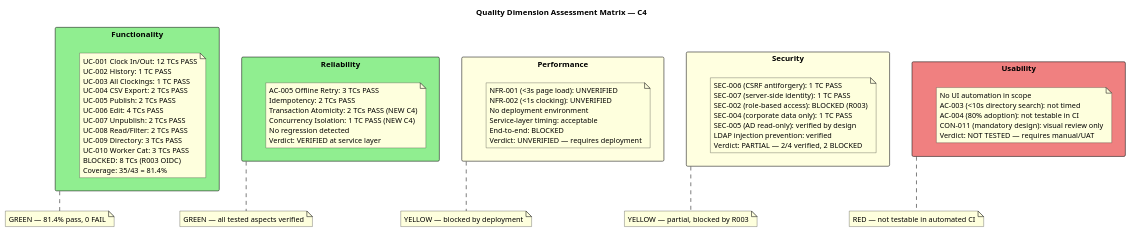
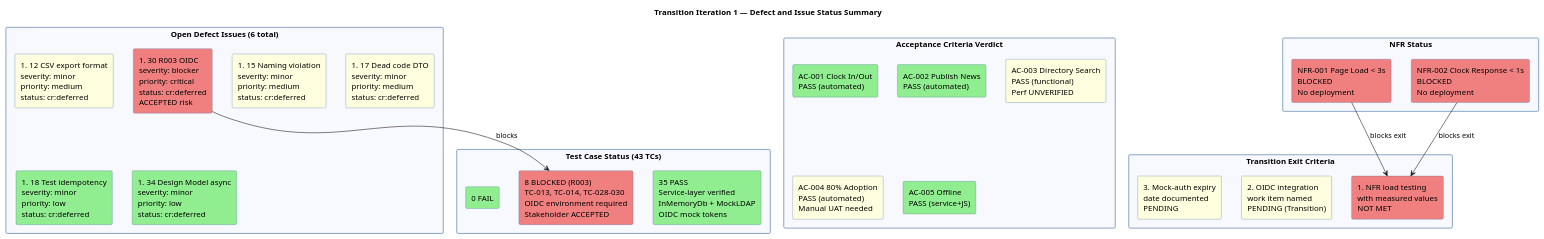
One commit to banense-test/portal-cuba-corp changed the second of 2 diagrams in docs/artifacts/test/test-case.md. Above: the diagram before and after it, drawn with PlantUML. The commit also changed other lines of this file, not shown here.

First line of the commit message:
Tester [T1]: upsert Test Case

````diff
--- a/docs/artifacts/test/test-case.md
+++ b/docs/artifacts/test/test-case.md
@@ -158,35 +224,50 @@
 ```plantuml
 @startuml
-title Quality Dimension Assessment Matrix — C4
+title Transition Iteration 1 — Defect and Issue Status Summary
 
-skinparam classAttributeIconSize 0
+skinparam rectangle {
+  BackgroundColor #F8F8FF
+  BorderColor #336699
+}
 skinparam shadowing false
 
-rectangle "Functionality" as FUNC #LightGreen {
-  note "UC-001 Clock In/Out: 12 TCs PASS\nUC-002 History: 1 TC PASS\nUC-003 All Clockings: 1 TC PASS\nUC-004 CSV Export: 2 TCs PASS\nUC-005 Publish: 2 TCs PASS\nUC-006 Edit: 4 TCs PASS\nUC-007 Unpublish: 2 TCs PASS\nUC-008 Read/Filter: 2 TCs PASS\nUC-009 Directory: 3 TCs PASS\nUC-010 Worker Cat: 3 TCs PASS\nBLOCKED: 8 TCs (R003 OIDC)\nCoverage: 35/43 = 81.4%" as func_note
+rectangle "Open Defect Issues (6 total)" as OPEN {
+  rectangle "#30 R003 OIDC\nseverity: blocker\npriority: critical\nstatus: cr:deferred\nACCEPTED risk" as I30 #LightCoral
+  rectangle "#12 CSV export format\nseverity: minor\npriority: medium\nstatus: cr:deferred" as I12 #LightYellow
+  rectangle "#15 Naming violation\nseverity: minor\npriority: medium\nstatus: cr:deferred" as I15 #LightYellow
+  rectangle "#17 Dead code DTO\nseverity: minor\npriority: medium\nstatus: cr:deferred" as I17 #LightYellow
+  rectangle "#18 Test idempotency\nseverity: minor\npriority: low\nstatus: cr:deferred" as I18 #LightGreen
+  rectangle "#34 Design Model async\nseverity: minor\npriority: low\nstatus: cr:deferred" as I34 #LightGreen
 }
 
-rectangle "Reliability" as REL #LightGreen {
-  note "AC-005 Offline Retry: 3 TCs PASS\nIdempotency: 2 TCs PASS\nTransaction Atomicity: 2 TCs PASS (NEW C4)\nConcurrency Isolation: 1 TC PASS (NEW C4)\nNo regression detected\nVerdict: VERIFIED at service layer" as rel_note
+rectangle "Test Case Status (43 TCs)" as TCS {
+  rectangle "35 PASS\nService-layer verified\nInMemoryDb + MockLDAP\nOIDC mock tokens" as PASS #LightGreen
+  rectangle "8 BLOCKED (R003)\nTC-013, TC-014, TC-028-030\nOIDC environment required\nStakeholder ACCEPTED" as BLK #LightCoral
+  rectangle "0 FAIL" as FAIL #LightGreen
 }
 
-rectangle "Performance" as PERF #LightYellow {
-  note "NFR-001 (<3s page load): UNVERIFIED\nNFR-002 (<1s clocking): UNVERIFIED\nNo deployment environment\nService-layer timing: acceptable\nEnd-to-end: BLOCKED\nVerdict: UNVERIFIED — requires deployment" as perf_note
+rectangle "Acceptance Criteria Verdict" as AC {
+  rectangle "AC-001 Clock In/Out\nPASS (automated)" as AC1 #LightGreen
+  rectangle "AC-002 Publish News\nPASS (automated)" as AC2 #LightGreen
+  rectangle "AC-003 Directory Search\nPASS (functional)\nPerf UNVERIFIED" as AC3 #LightYellow
+  rectangle "AC-004 80% Adoption\nPASS (automated)\nManual UAT needed" as AC4 #LightYellow
+  rectangle "AC-005 Offline\nPASS (service+JS)" as AC5 #LightGreen
 }
 
-rectangle "Security" as SEC #LightYellow {
-  note "SEC-006 (CSRF antiforgery): 1 TC PASS\nSEC-007 (server-side identity): 1 TC PASS\nSEC-002 (role-based access): BLOCKED (R003)\nSEC-004 (corporate data only): 1 TC PASS\nSEC-005 (AD read-only): verified by design\nLDAP injection prevention: verified\nVerdict: PARTIAL — 2/4 verified, 2 BLOCKED" as sec_note
+rectangle "NFR Status" as NFR {
+  rectangle "NFR-001 Page Load < 3s\nBLOCKED\nNo deployment" as N1 #LightCoral
+  rectangle "NFR-002 Clock Response < 1s\nBLOCKED\nNo deployment" as N2 #LightCoral
 }
 
-rectangle "Usability" as USA #LightCoral {
-  note "No UI automation in scope\nAC-003 (<10s directory search): not timed\nAC-004 (80% adoption): not testable in CI\nCON-011 (mandatory design): visual review only\nVerdict: NOT TESTED — requires manual/UAT" as usa_note
+rectangle "Transition Exit Criteria" as EXIT {
+  rectangle "1. NFR load testing\nwith measured values\nNOT MET" as E1 #LightCoral
+  rectangle "2. OIDC integration\nwork item named\nPENDING (Transition)" as E2 #LightYellow
+  rectangle "3. Mock-auth expiry\ndate documented\nPENDING" as E3 #LightYellow
 }
 
-note bottom of FUNC : GREEN — 81.4% pass, 0 FAIL
-note bottom of REL   : GREEN — all tested aspects verified
-note bottom of PERF   : YELLOW — blocked by deployment
-note bottom of SEC    : YELLOW — partial, blocked by R003
-note bottom of USA    : RED — not testable in automated CI
+I30 --> BLK : blocks
+N1 --> E1 : blocks exit
+N2 --> E1 : blocks exit
 
 @enduml
 ```
````
